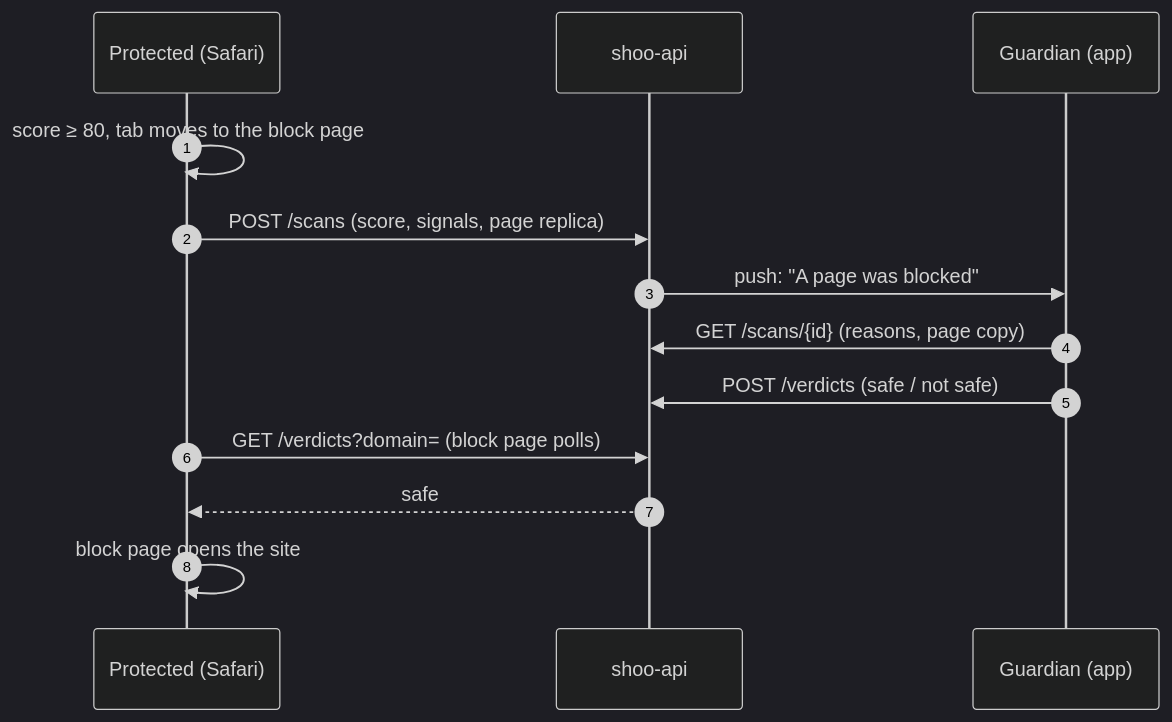
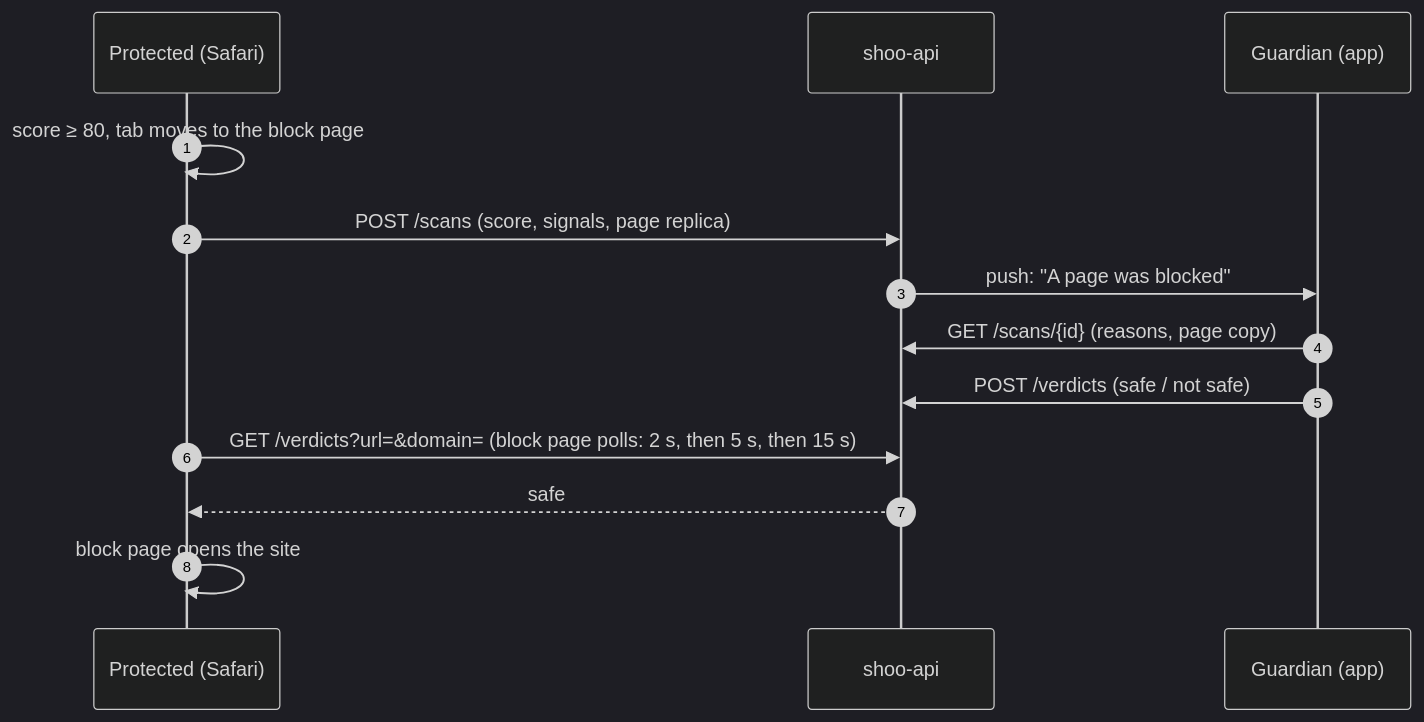
One commit to umarmuhdhor/Final-CH7 changed the second of 3 diagrams in README.md. Above: the diagram before and after it, drawn with Mermaid (dark theme). The commit also changed other lines of this file and 1 other file, not shown here.

Commit message:
docs: README and Alief mandate state the Dynamic Island push, per-link verdicts and 6-digit codes

````diff
--- a/README.md
+++ b/README.md
@@ -139,16 +139,16 @@
 ```mermaid
 sequenceDiagram
   autonumber
   participant X as Protected (Safari)
   participant API as shoo-api
   participant G as Guardian (app)
 
   X->>X: score ≥ 80, tab moves to the block page
   X->>API: POST /scans (score, signals, page replica)
   API->>G: push: "A page was blocked"
   G->>API: GET /scans/{id} (reasons, page copy)
   G->>API: POST /verdicts (safe / not safe)
-  X->>API: GET /verdicts?domain= (block page polls)
+  X->>API: GET /verdicts?url=&domain= (block page polls: 2 s, then 5 s, then 15 s)
   API-->>X: safe
   X->>X: block page opens the site
 ```
````
